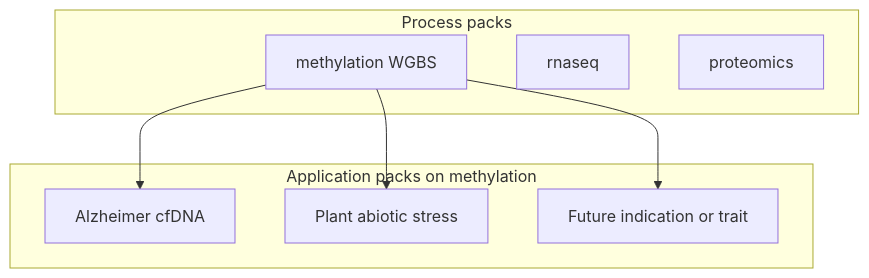
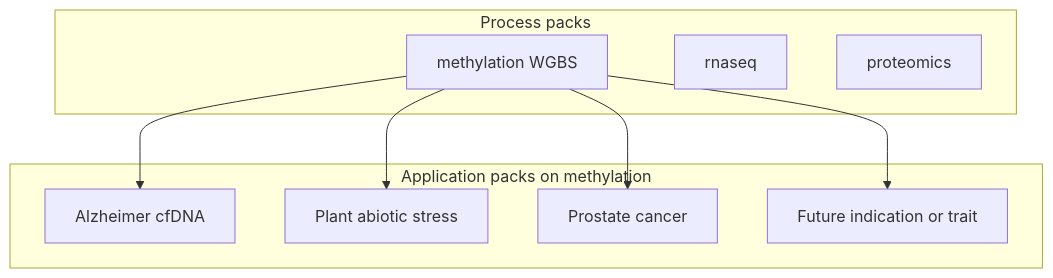
One commit to Goliath-Research/GoliathWorkflow changed the diagram in docs/usage/24-methylation-application-packs.md. Above: the diagram before and after it, drawn with Mermaid. The commit also changed other lines of this file and 9 other files, not shown here.

First line of the commit message:
Update documentation to include Prostate Cancer options catalog and enhance application pack descriptions

````diff
--- a/docs/usage/24-methylation-application-packs.md
+++ b/docs/usage/24-methylation-application-packs.md
@@ -13,16 +14,18 @@
 ```mermaid
 flowchart TB
   subgraph process [Process packs]
     METH[methylation WGBS]
     RNA[rnaseq]
     PROT[proteomics]
   end
   subgraph apps [Application packs on methylation]
     AD[Alzheimer cfDNA]
     PLANT[Plant abiotic stress]
+    PCA[Prostate cancer]
     FUTURE[Future indication or trait]
   end
   METH --> AD
   METH --> PLANT
+  METH --> PCA
   METH --> FUTURE
 ```
````
